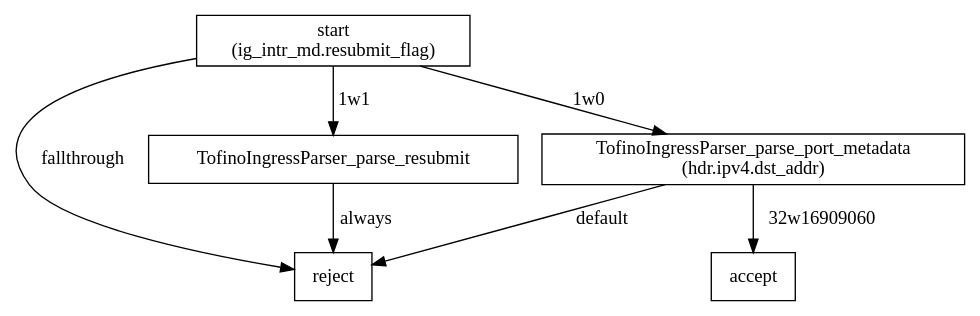
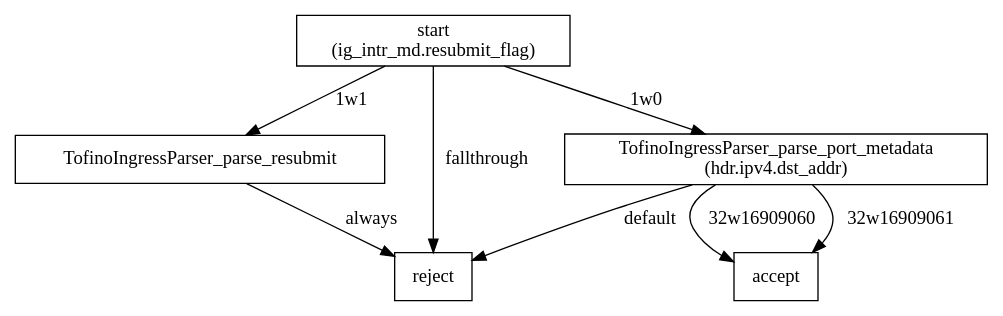
One commit to katcheng902/ring-buffer-hw changed the diagram in build/opt_buffers/tofino/pipe/graphs/SwitchIngressParser.dot. Above: the diagram before and after it, drawn with Graphviz. The commit also changed 149 other files, not shown here.

```diff
--- a/build/opt_buffers/tofino/pipe/graphs/SwitchIngressParser.dot
+++ b/build/opt_buffers/tofino/pipe/graphs/SwitchIngressParser.dot
@@ -1,15 +1,16 @@
 digraph SwitchIngressParser{
 start [shape=rectangle,label="start
 (ig_intr_md.resubmit_flag)"]
 TofinoIngressParser_parse_resubmit [shape=rectangle,label="TofinoIngressParser_parse_resubmit"]
 TofinoIngressParser_parse_port_metadata [shape=rectangle,label="TofinoIngressParser_parse_port_metadata
 (hdr.ipv4.dst_addr)"]
 accept [shape=rectangle,label="accept"]
 reject [shape=rectangle,label="reject"]
 start -> TofinoIngressParser_parse_resubmit [label="1w1"]
 start -> TofinoIngressParser_parse_port_metadata [label="1w0"]
 start -> reject [label="fallthrough"]
 TofinoIngressParser_parse_resubmit -> reject [label="always"]
 TofinoIngressParser_parse_port_metadata -> accept [label="32w16909060"]
+TofinoIngressParser_parse_port_metadata -> accept [label="32w16909061"]
 TofinoIngressParser_parse_port_metadata -> reject [label="default"]
 }
```
